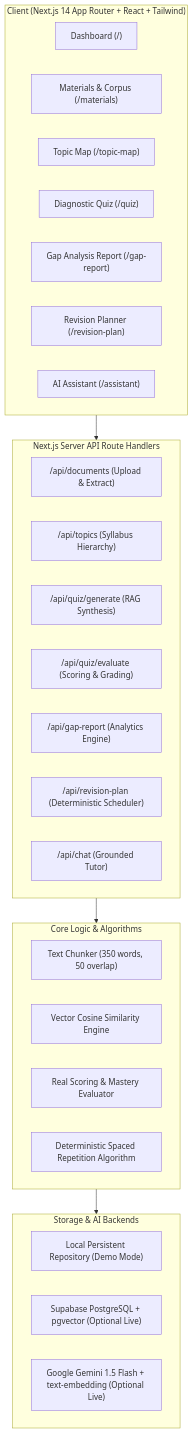
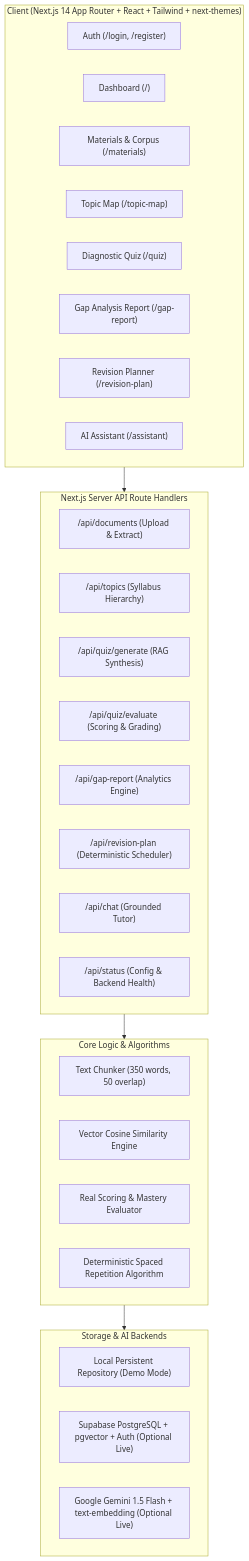
The diagram in README.md (sathvik344/GapFinder_AI), drawn with Mermaid before and after one commit. The commit also changed other lines of this file and 24 other files, not shown here.

````diff
--- a/README.md
+++ b/README.md
@@ -51,39 +73,41 @@
 ```mermaid
 flowchart TD
-    subgraph Client ["Client (Next.js 14 App Router + React + Tailwind)"]
+    subgraph Client ["Client (Next.js 14 App Router + React + Tailwind + next-themes)"]
+        UI_Auth["Auth (/login, /register)"]
         UI_Dash["Dashboard (/)"]
         UI_Materials["Materials & Corpus (/materials)"]
         UI_TopicMap["Topic Map (/topic-map)"]
         UI_Quiz["Diagnostic Quiz (/quiz)"]
         UI_Gap["Gap Analysis Report (/gap-report)"]
         UI_Plan["Revision Planner (/revision-plan)"]
         UI_Tutor["AI Assistant (/assistant)"]
     end
 
     subgraph API ["Next.js Server API Route Handlers"]
         API_Doc["/api/documents (Upload & Extract)"]
         API_Topics["/api/topics (Syllabus Hierarchy)"]
         API_QuizGen["/api/quiz/generate (RAG Synthesis)"]
         API_QuizEval["/api/quiz/evaluate (Scoring & Grading)"]
         API_Gap["/api/gap-report (Analytics Engine)"]
         API_Plan["/api/revision-plan (Deterministic Scheduler)"]
         API_Chat["/api/chat (Grounded Tutor)"]
+        API_Status["/api/status (Config & Backend Health)"]
     end
 
     subgraph Engine ["Core Logic & Algorithms"]
         RAG_Chunk["Text Chunker (350 words, 50 overlap)"]
         Vector_Search["Vector Cosine Similarity Engine"]
         Scoring_Calc["Real Scoring & Mastery Evaluator"]
         Spaced_Sched["Deterministic Spaced Repetition Algorithm"]
     end
 
     subgraph Storage ["Storage & AI Backends"]
         LocalStore["Local Persistent Repository (Demo Mode)"]
-        Supabase["Supabase PostgreSQL + pgvector (Optional Live)"]
+        Supabase["Supabase PostgreSQL + pgvector + Auth (Optional Live)"]
         Gemini["Google Gemini 1.5 Flash + text-embedding (Optional Live)"]
     end
 
     Client --> API
     API --> Engine
     Engine --> Storage
 ```
````
